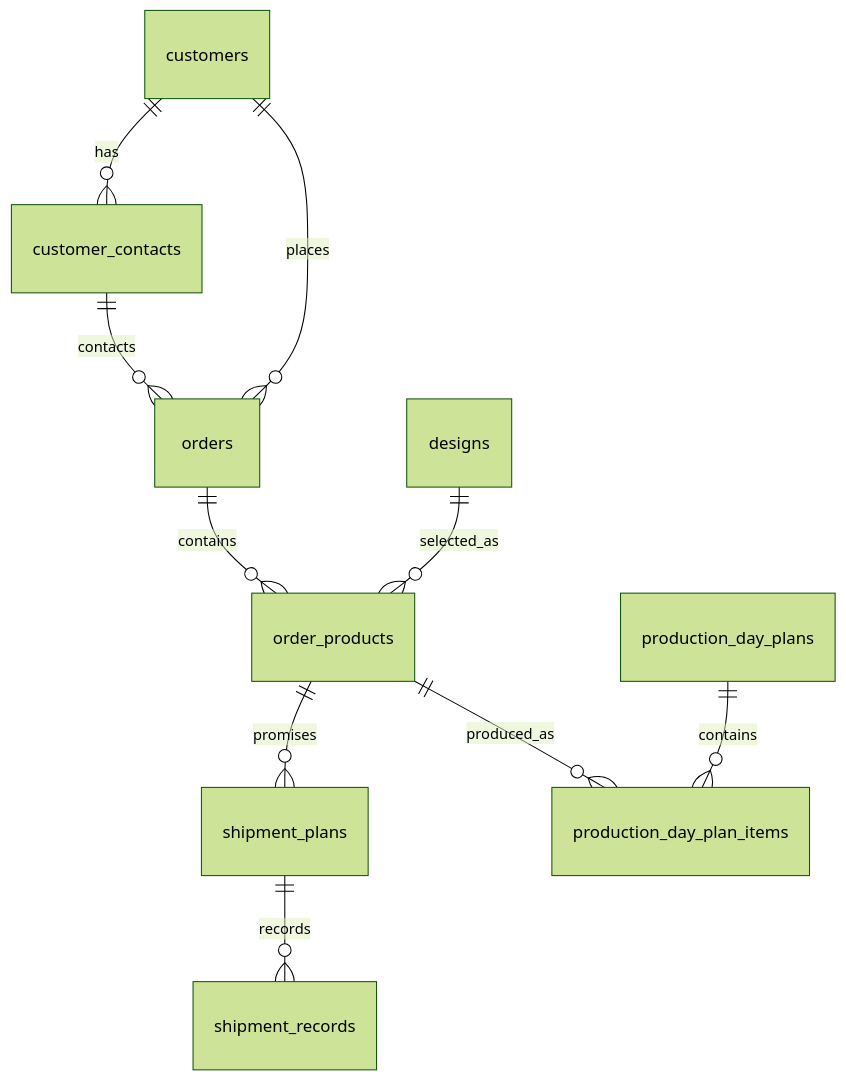
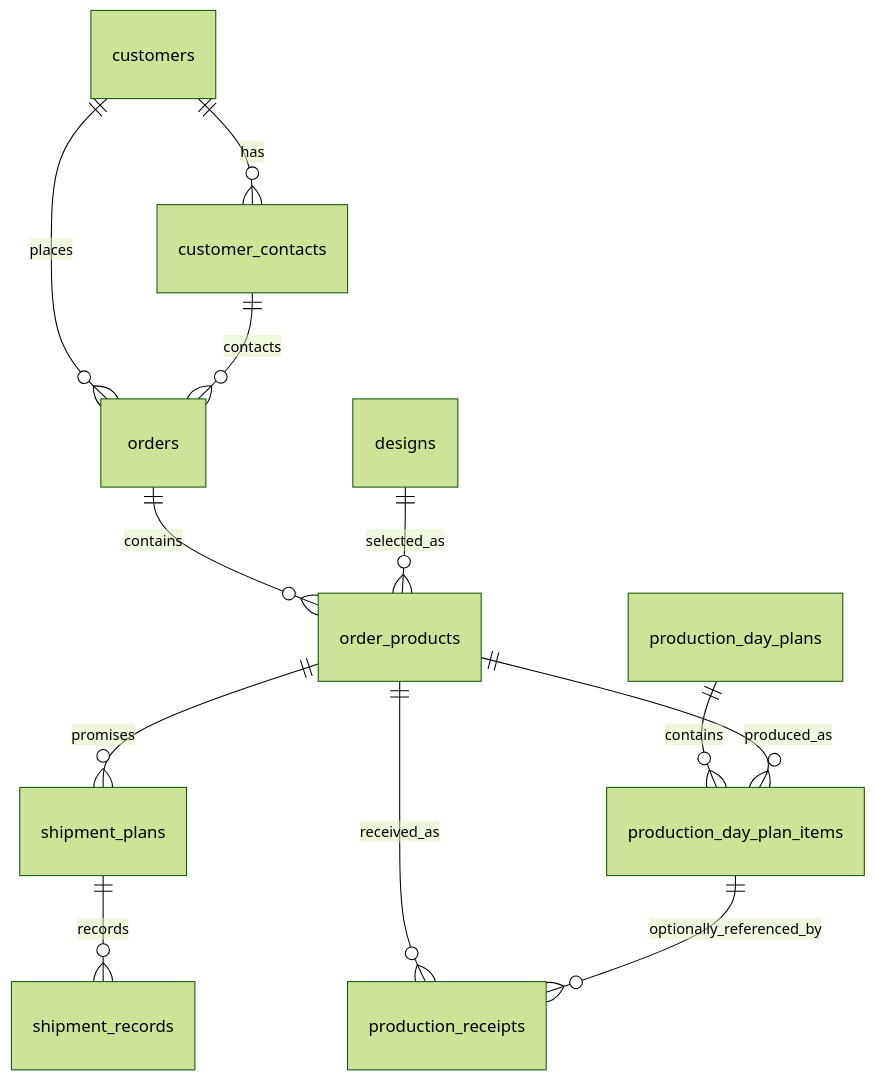
One commit to danduck-ai/dds-web changed the diagram in docs/data_structure/order-production-shipment-model.md. Above: the diagram before and after it, drawn with Mermaid (forest theme). The commit also changed other lines of this file and 25 other files, not shown here.

````diff
--- a/docs/data_structure/order-production-shipment-model.md
+++ b/docs/data_structure/order-production-shipment-model.md
@@ -669,12 +715,14 @@
 ```mermaid
 erDiagram
   customers ||--o{ customer_contacts : has
   customers ||--o{ orders : places
   customer_contacts ||--o{ orders : contacts
   orders ||--o{ order_products : contains
   designs ||--o{ order_products : selected_as
   order_products ||--o{ shipment_plans : promises
   shipment_plans ||--o{ shipment_records : records
   production_day_plans ||--o{ production_day_plan_items : contains
   order_products ||--o{ production_day_plan_items : produced_as
+  order_products ||--o{ production_receipts : received_as
+  production_day_plan_items ||--o{ production_receipts : optionally_referenced_by
 ```
````
